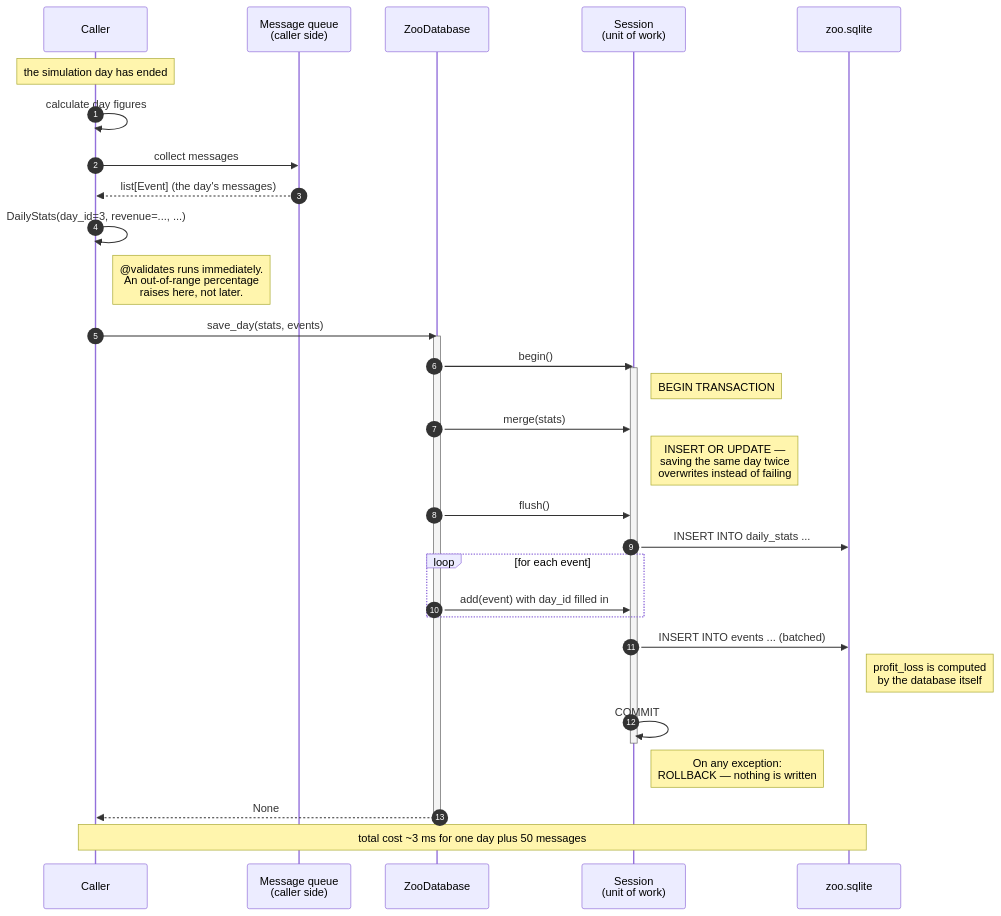
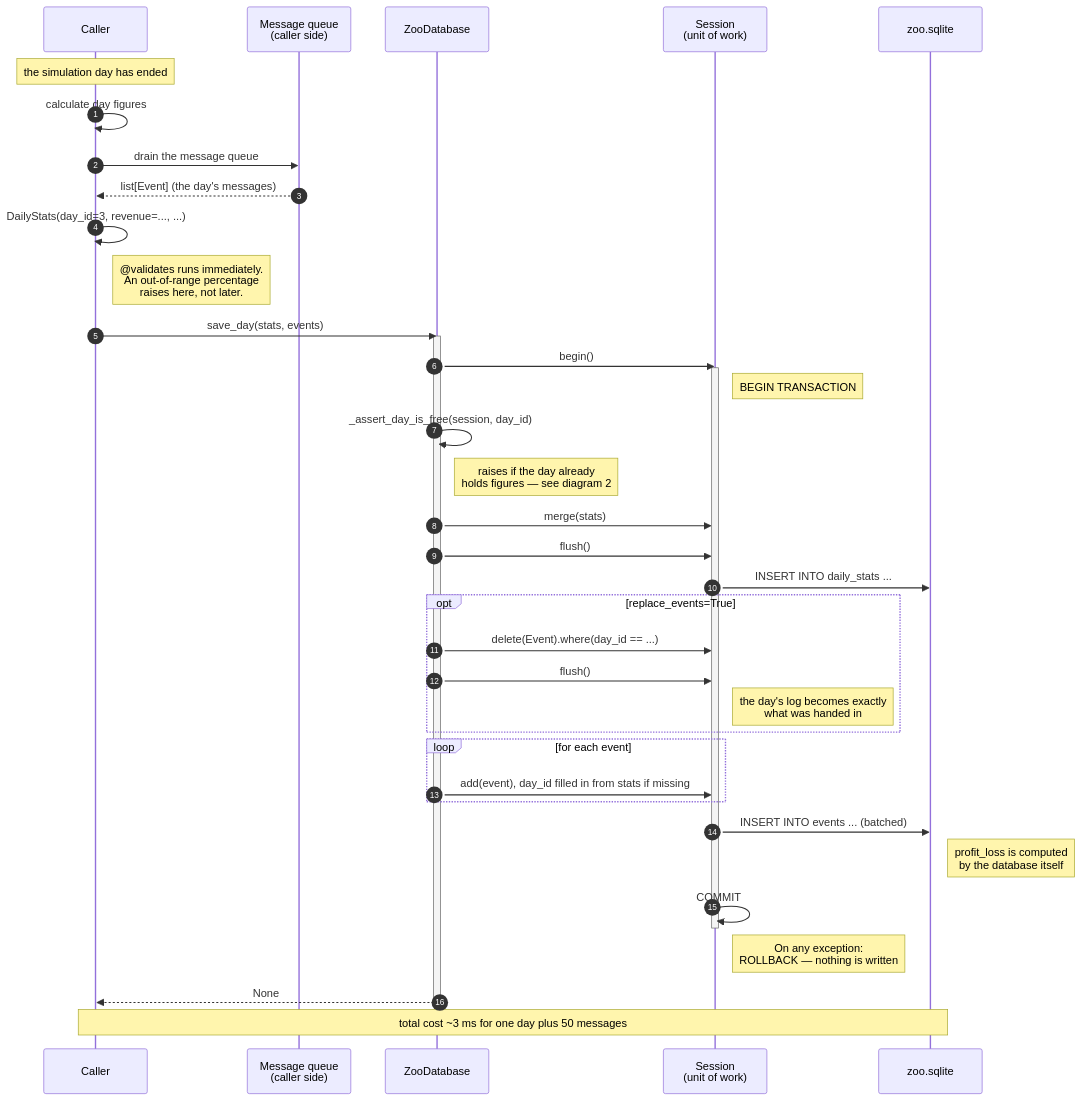
The first of 6 diagrams in db/docs/uml_sequence_diagrams.md (justforaprogramm/vivizoo), drawn with Mermaid before and after one commit. The commit also changed other lines of this file and 32 other files, not shown here.

````diff
--- a/db/docs/uml_sequence_diagrams.md
+++ b/db/docs/uml_sequence_diagrams.md
@@ -20,46 +35,54 @@
 ```mermaid
 sequenceDiagram
     autonumber
     participant APP as Caller
     participant Q as Message queue<br/>(caller side)
     participant PER as ZooDatabase
     participant SES as Session<br/>(unit of work)
     participant DB as zoo.sqlite
 
     Note over APP: the simulation day has ended
 
     APP->>APP: calculate day figures
-    APP->>Q: collect messages
+    APP->>Q: drain the message queue
     Q-->>APP: list[Event] (the day's messages)
 
     APP->>APP: DailyStats(day_id=3, revenue=..., ...)
     Note right of APP: @validates runs immediately.<br/>An out-of-range percentage<br/>raises here, not later.
 
     APP->>PER: save_day(stats, events)
     activate PER
 
     PER->>SES: begin()
     activate SES
     Note right of SES: BEGIN TRANSACTION
 
+    PER->>PER: _assert_day_is_free(session, day_id)
+    Note right of PER: raises if the day already<br/>holds figures — see diagram 2
+
     PER->>SES: merge(stats)
-    Note right of SES: INSERT OR UPDATE —<br/>saving the same day twice<br/>overwrites instead of failing
     PER->>SES: flush()
     SES->>DB: INSERT INTO daily_stats ...
 
+    opt replace_events=True
+        PER->>SES: delete(Event).where(day_id == ...)
+        PER->>SES: flush()
+        Note right of SES: the day's log becomes exactly<br/>what was handed in
+    end
+
     loop for each event
-        PER->>SES: add(event) with day_id filled in
+        PER->>SES: add(event), day_id filled in from stats if missing
     end
 
     SES->>DB: INSERT INTO events ... (batched)
     Note right of DB: profit_loss is computed<br/>by the database itself
 
     SES->>SES: COMMIT
     deactivate SES
     Note right of SES: On any exception:<br/>ROLLBACK — nothing is written
 
     PER-->>APP: None
     deactivate PER
 
     Note over APP,DB: total cost ~3 ms for one day plus 50 messages
 ```
````
